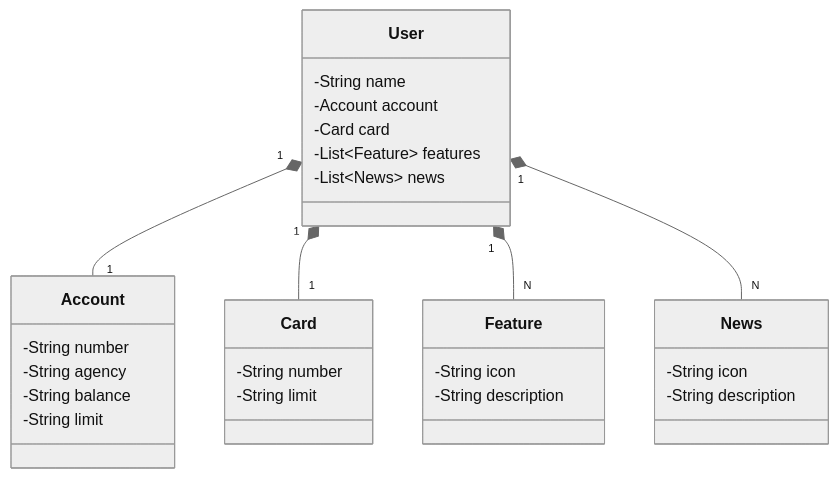
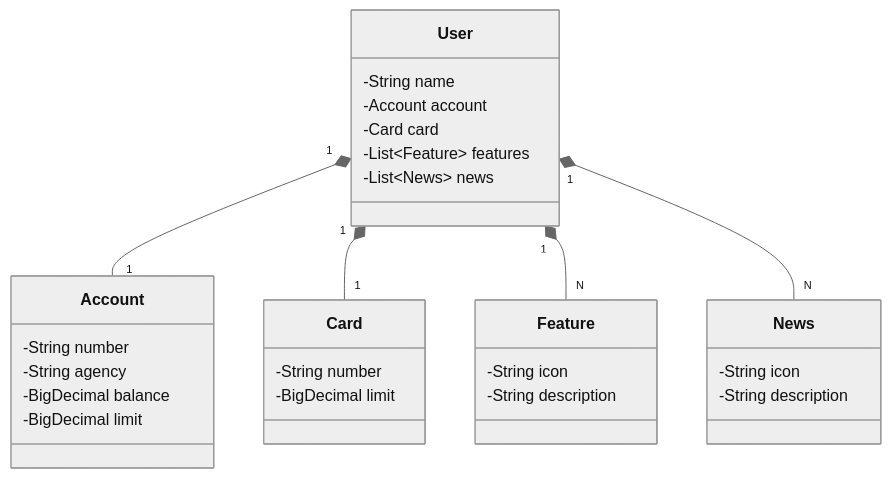
Before and after one commit to QziuL/api-contaBancaria: the diagram in README.md, drawn with Mermaid (neutral theme). The commit also changed other lines of this file, not shown here.

````diff
--- a/README.md
+++ b/README.md
@@ -6,37 +19,37 @@
 ```mermaid
 classDiagram
     class User {
         -String name
         -Account account
         -Card card
         -List~Feature~ features
         -List~News~ news
     }
     
     class Account {
         -String number
         -String agency
-        -String balance
-        -String limit
+        -BigDecimal balance
+        -BigDecimal limit
     }
     
     class Feature {
         -String icon
         -String description
     }
     
     class Card {
         -String number
-        -String limit
+        -BigDecimal limit
     }
     
     class News {
         -String icon
         -String description
     }
     
     User "1" *-- "1" Account
     User "1" *-- "1" Card
     User "1" *-- "N" Feature
     User "1" *-- "N" News
 ```
````
